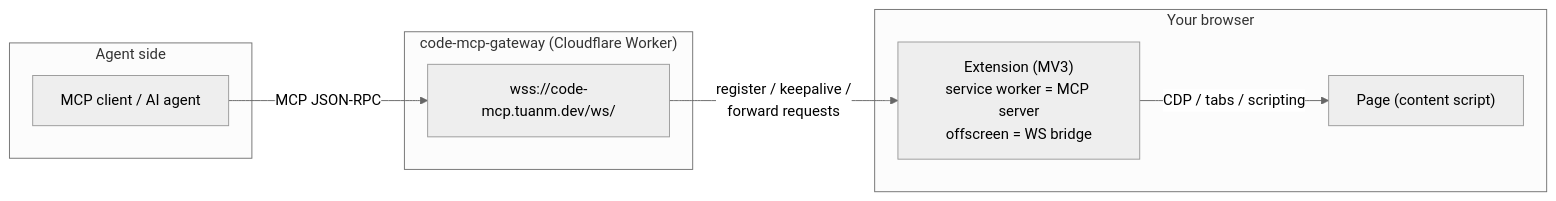
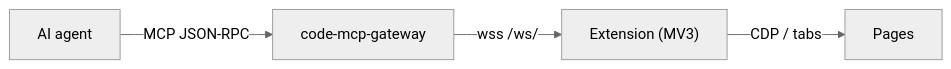
The diagram in README.md (Tuanm/browser-mcp), drawn with Mermaid (neutral theme) before and after one commit. The commit also changed other lines of this file, not shown here.

````diff
--- a/README.md
+++ b/README.md
@@ -12,19 +10,6 @@
 ```mermaid
 flowchart LR
-  subgraph Agent["Agent side"]
-    A["MCP client / AI agent"]
-  end
-
-  subgraph Gateway["code-mcp-gateway (Cloudflare Worker)"]
-    G["wss://code-mcp.tuanm.dev/ws/<id>"]
-  end
-
-  subgraph Browser["Your browser"]
-    E["Extension (MV3)<br/>service worker = MCP server<br/>offscreen = WS bridge"]
-    P["Page (content script)"]
-  end
-
-  A -- "MCP JSON-RPC" --> G
-  G -- "register / keepalive /<br/>forward requests" --> E
-  E -- "CDP / tabs / scripting" --> P
+  A["AI agent"] -->|"MCP JSON-RPC"| G["code-mcp-gateway"]
+  G -->|"wss /ws/<id>"| E["Extension (MV3)"]
+  E -->|"CDP / tabs"| P["Pages"]
 ```
````
